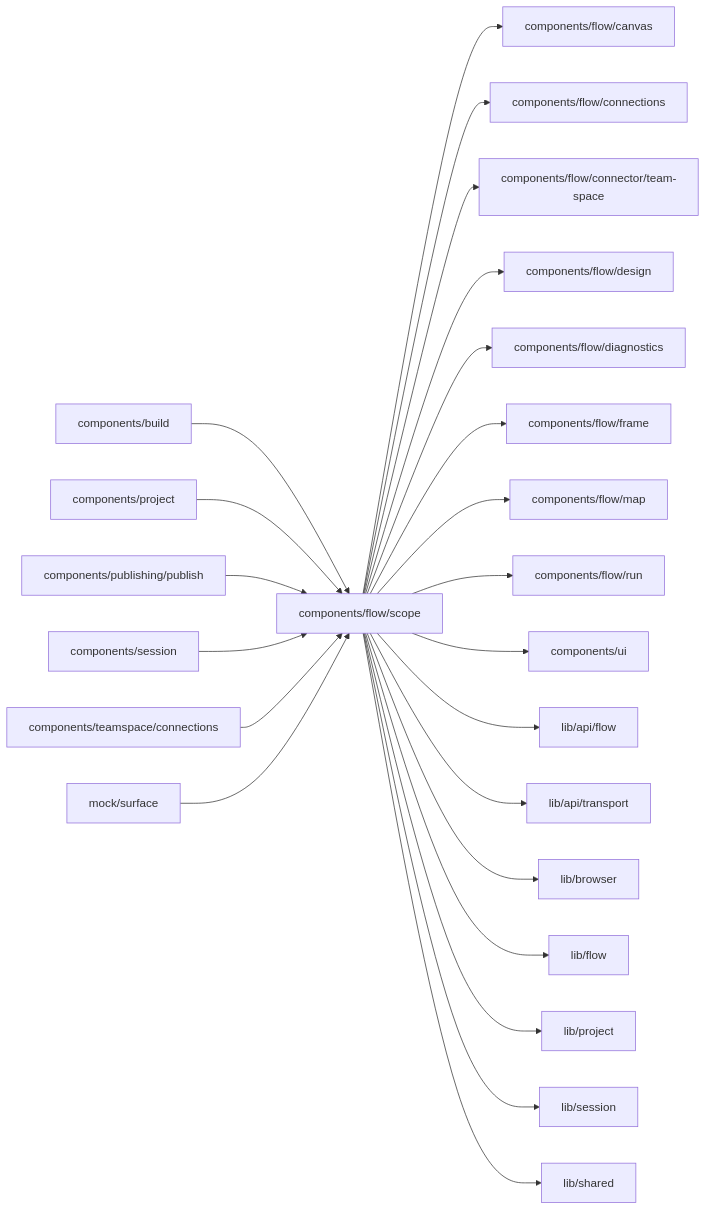
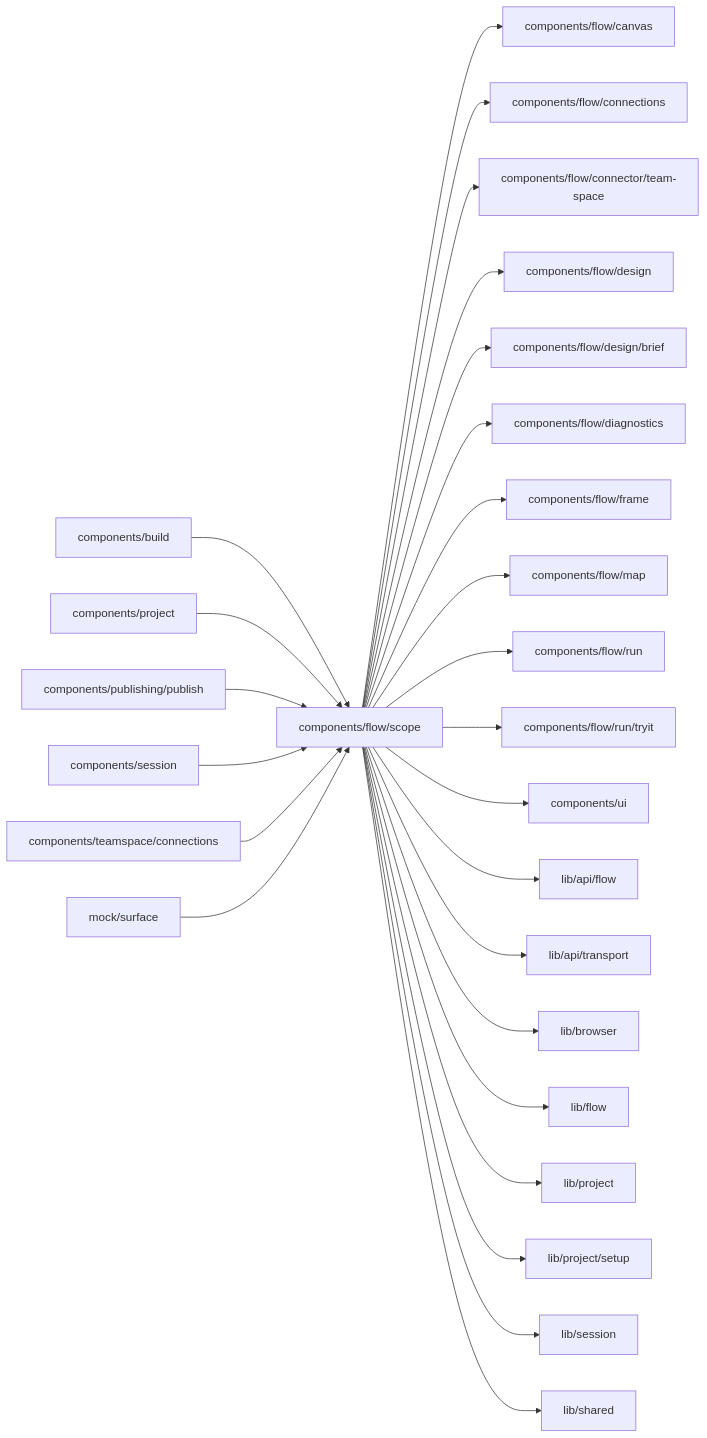
One commit to superdurable/superverse changed the diagram in web/studio/components/flow/scope/README.md. Above: the diagram before and after it, drawn with Mermaid. The commit also changed other lines of this file and 278 other files, not shown here.

````diff
--- a/web/studio/components/flow/scope/README.md
+++ b/web/studio/components/flow/scope/README.md
@@ -10,26 +10,29 @@
 ```mermaid
 flowchart LR
   self["components/flow/scope"]
   c0["components/build"] --> self
   c1["components/project"] --> self
   c2["components/publishing/publish"] --> self
   c3["components/session"] --> self
   c4["components/teamspace/connections"] --> self
   c5["mock/surface"] --> self
   self --> d0["components/flow/canvas"]
   self --> d1["components/flow/connections"]
   self --> d2["components/flow/connector/team-space"]
   self --> d3["components/flow/design"]
-  self --> d4["components/flow/diagnostics"]
-  self --> d5["components/flow/frame"]
-  self --> d6["components/flow/map"]
-  self --> d7["components/flow/run"]
-  self --> d8["components/ui"]
-  self --> d9["lib/api/flow"]
-  self --> d10["lib/api/transport"]
-  self --> d11["lib/browser"]
-  self --> d12["lib/flow"]
-  self --> d13["lib/project"]
-  self --> d14["lib/session"]
-  self --> d15["lib/shared"]
+  self --> d4["components/flow/design/brief"]
+  self --> d5["components/flow/diagnostics"]
+  self --> d6["components/flow/frame"]
+  self --> d7["components/flow/map"]
+  self --> d8["components/flow/run"]
+  self --> d9["components/flow/run/tryit"]
+  self --> d10["components/ui"]
+  self --> d11["lib/api/flow"]
+  self --> d12["lib/api/transport"]
+  self --> d13["lib/browser"]
+  self --> d14["lib/flow"]
+  self --> d15["lib/project"]
+  self --> d16["lib/project/setup"]
+  self --> d17["lib/session"]
+  self --> d18["lib/shared"]
 ```
````
